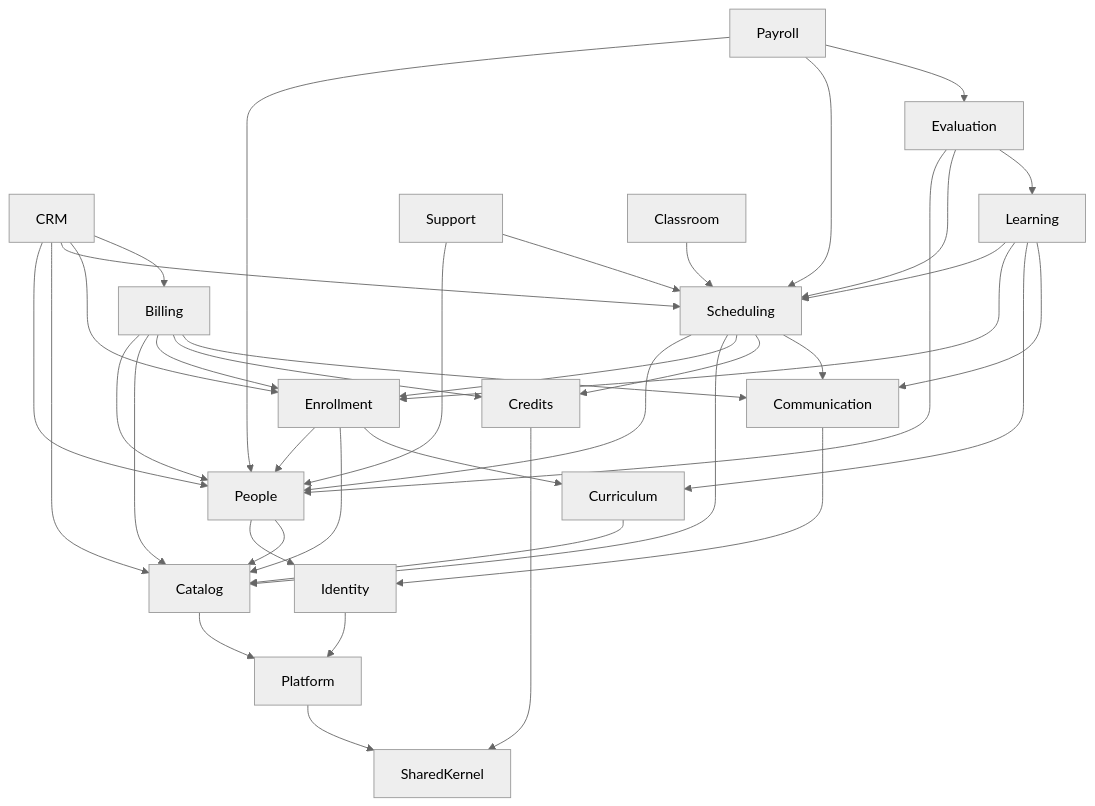
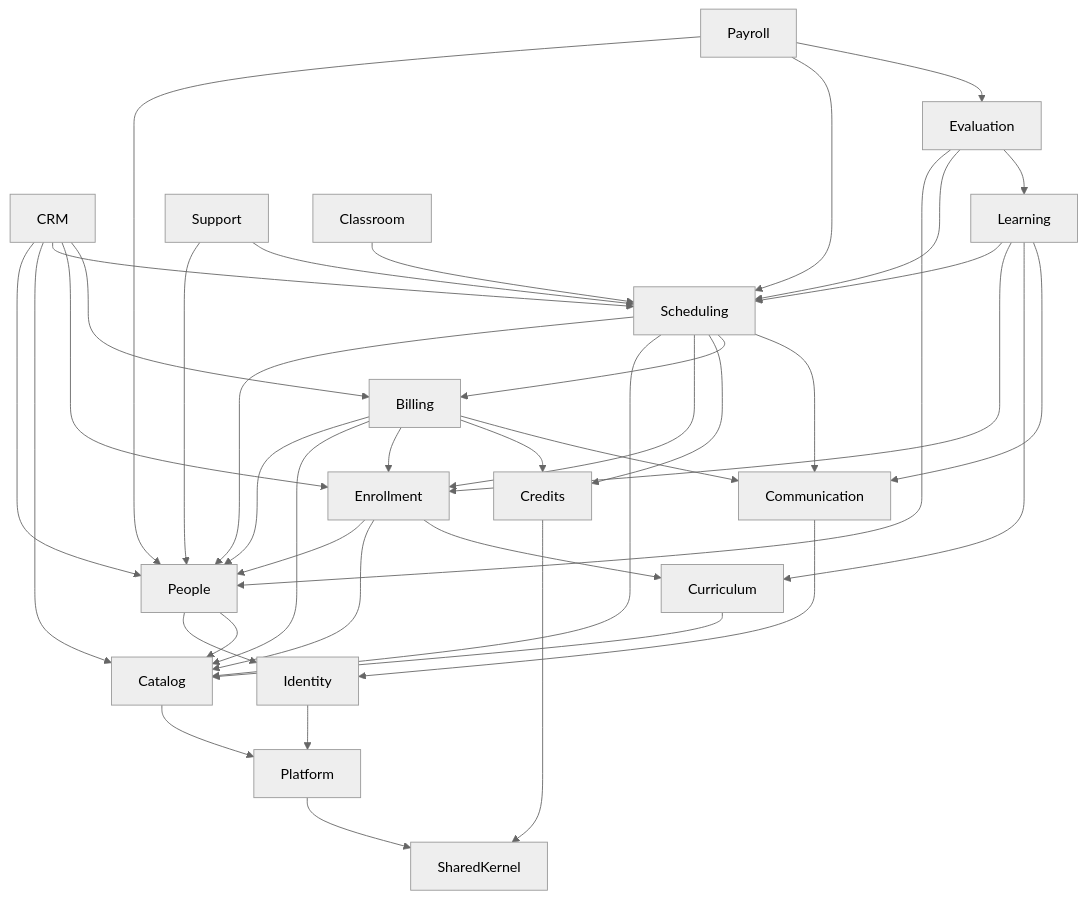
The diagram in docs/architecture/04-design-patterns.md (Mahmoud-Elgonidi/academy-lms), drawn with Mermaid (neutral theme) before and after one commit. The commit also changed other lines of this file and 146 other files, not shown here.

````diff
--- a/docs/architecture/04-design-patterns.md
+++ b/docs/architecture/04-design-patterns.md
@@ -48,19 +48,19 @@
 ```mermaid
 flowchart TD
     CRM --> People & Catalog & Scheduling & Enrollment & Billing
     Payroll --> People & Scheduling & Evaluation
     Evaluation --> People & Scheduling & Learning
     Support --> People & Scheduling
     Learning --> Scheduling & Enrollment & Curriculum & Communication
     Billing --> People & Catalog & Enrollment & Credits & Communication
     Classroom --> Scheduling
-    Scheduling --> People & Catalog & Enrollment & Credits & Communication
+    Scheduling --> People & Catalog & Enrollment & Credits & Billing & Communication
     Enrollment --> People & Catalog & Curriculum
     Curriculum --> Catalog
     People --> Identity & Catalog
     Communication --> Identity
     Identity --> Platform
     Catalog --> Platform
     Credits --> SharedKernel
     Platform --> SharedKernel
 ```
````
